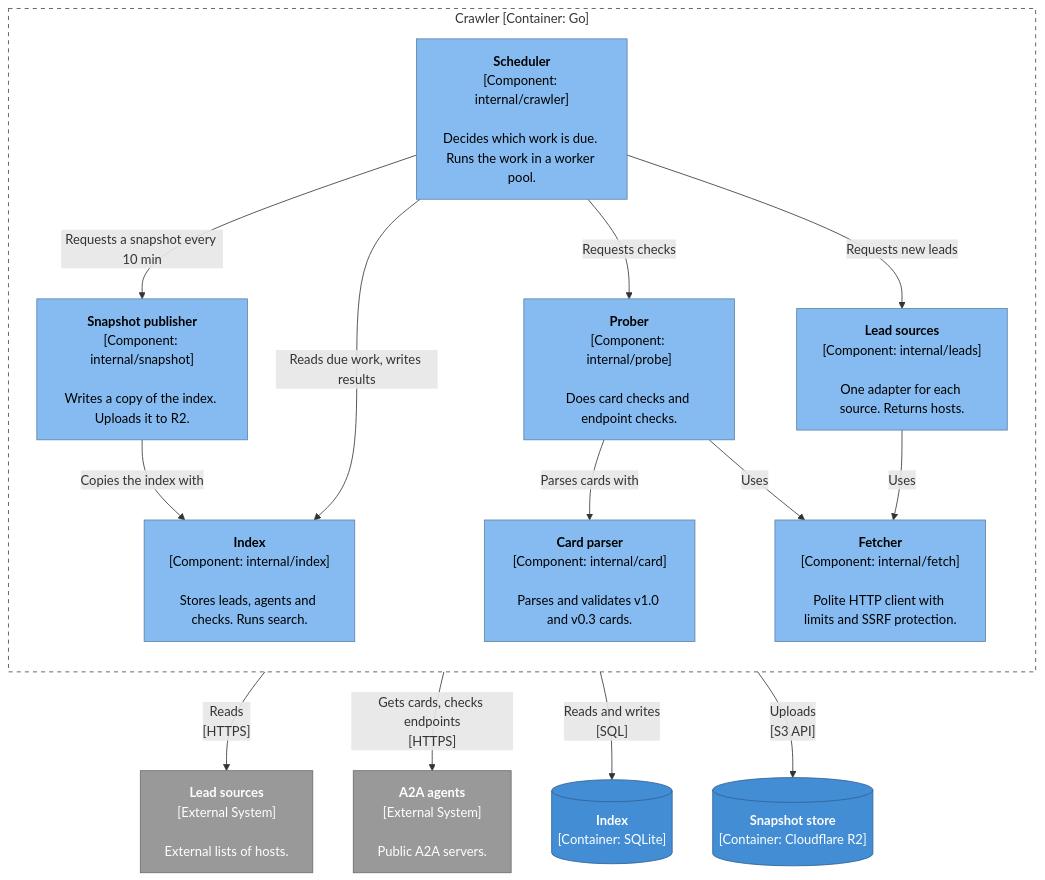
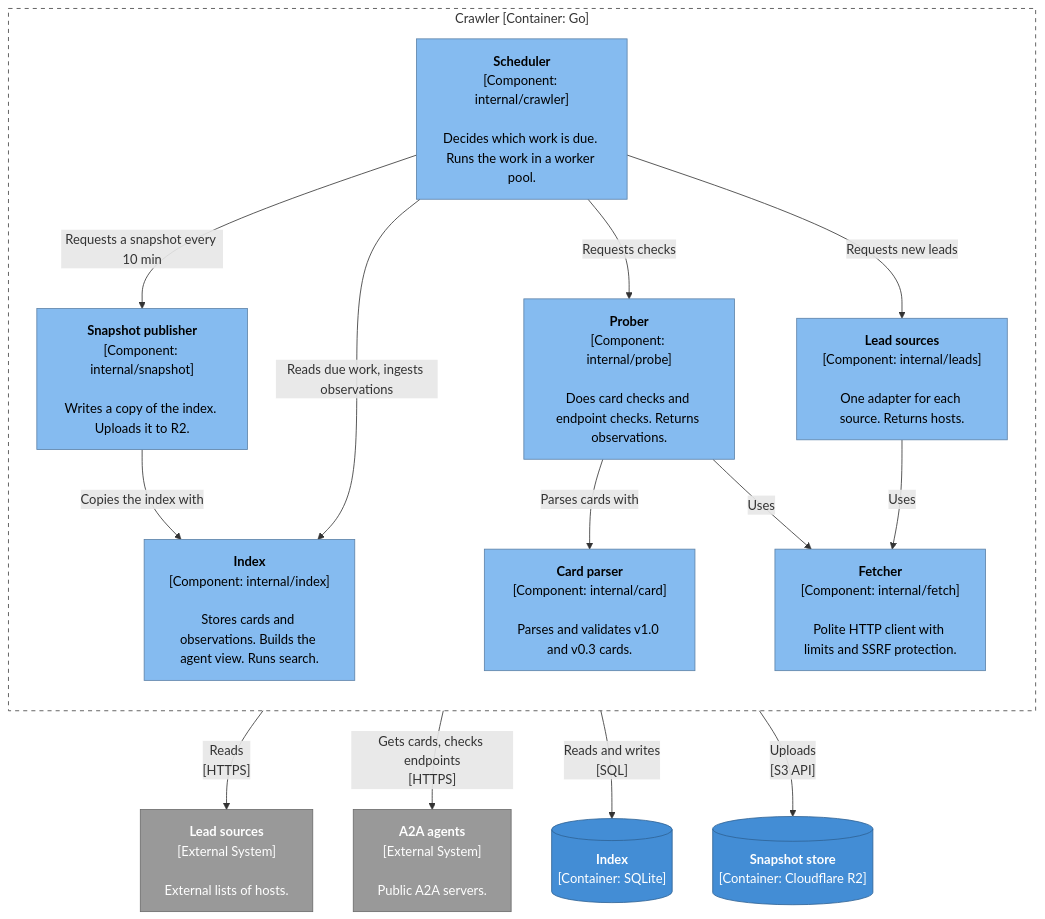
One commit to sbOogway/openagentindex changed the third of 6 diagrams in spec.md. Above: the diagram before and after it, drawn with Mermaid. The commit also changed other lines of this file, not shown here.

First line of the commit message:
docs(spec): store checks as observations with mergeable keys

````diff
--- a/spec.md
+++ b/spec.md
@@ -130,41 +134,41 @@
 ```mermaid
 flowchart TB
   subgraph crawler["Crawler [Container: Go]"]
     direction TB
   scheduler["<b>Scheduler</b><br/>[Component: internal/crawler]<br/><br/>Decides which work is due. Runs the work in a worker pool."]
   leads["<b>Lead sources</b><br/>[Component: internal/leads]<br/><br/>One adapter for each source. Returns hosts."]
-  probe["<b>Prober</b><br/>[Component: internal/probe]<br/><br/>Does card checks and endpoint checks."]
+  probe["<b>Prober</b><br/>[Component: internal/probe]<br/><br/>Does card checks and endpoint checks. Returns observations."]
   card["<b>Card parser</b><br/>[Component: internal/card]<br/><br/>Parses and validates v1.0 and v0.3 cards."]
   fetch["<b>Fetcher</b><br/>[Component: internal/fetch]<br/><br/>Polite HTTP client with limits and SSRF protection."]
-  index["<b>Index</b><br/>[Component: internal/index]<br/><br/>Stores leads, agents and checks. Runs search."]
+  index["<b>Index</b><br/>[Component: internal/index]<br/><br/>Stores cards and observations. Builds the agent view. Runs search."]
   publisher["<b>Snapshot publisher</b><br/>[Component: internal/snapshot]<br/><br/>Writes a copy of the index. Uploads it to R2."]
   end
 
   db[("<b>Index</b><br/>[Container: SQLite]")]
   r2[("<b>Snapshot store</b><br/>[Container: Cloudflare R2]")]
   sources["<b>Lead sources</b><br/>[External System]<br/><br/>External lists of hosts."]
   agents["<b>A2A agents</b><br/>[External System]<br/><br/>Public A2A servers."]
 
   scheduler -- "Requests new leads" --> leads
   scheduler -- "Requests checks" --> probe
-  scheduler -- "Reads due work, writes results" --> index
+  scheduler -- "Reads due work, ingests observations" --> index
   scheduler -- "Requests a snapshot every 10 min" --> publisher
   probe -- "Parses cards with" --> card
   leads -- "Uses" --> fetch
   probe -- "Uses" --> fetch
   fetch -- "Reads<br/>[HTTPS]" --> sources
   fetch -- "Gets cards, checks endpoints<br/>[HTTPS]" --> agents
   index -- "Reads and writes<br/>[SQL]" --> db
   publisher -- "Copies the index with" --> index
   publisher -- "Uploads<br/>[S3 API]" --> r2
 
   classDef person fill:#08427b,stroke:#052e56,color:#fff
   classDef system fill:#1168bd,stroke:#0b4884,color:#fff
   classDef external fill:#999999,stroke:#6b6b6b,color:#fff
   classDef container fill:#438dd5,stroke:#2e6295,color:#fff
   classDef component fill:#85bbf0,stroke:#5d82a8,color:#000
   class scheduler,leads,probe,card,fetch,index,publisher component
   class db,r2 container
   class sources,agents external
   style crawler fill:none,stroke:#444,stroke-dasharray:5 5
 ```
````
